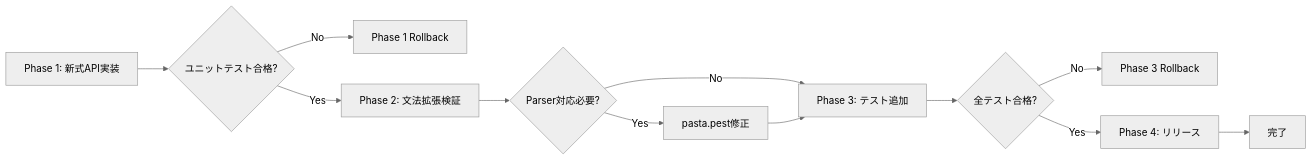
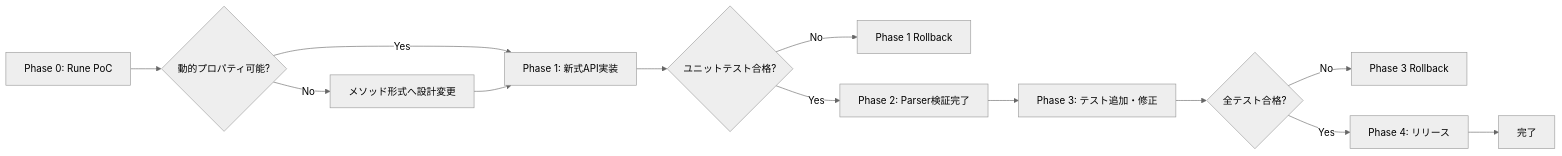
Before and after one commit to ekicyou/pasta: the fifth of 5 diagrams in .kiro/specs/pasta-transpiler-variable-expansion/design.md, drawn with Mermaid (neutral theme). The commit also changed other lines of this file, not shown here.

Commit message:
spec(pasta-transpiler-variable-expansion): 設計分析後の自明な修正 - Parser対応不要確認・テスト影響範囲明記

````diff
--- a/.kiro/specs/pasta-transpiler-variable-expansion/design.md
+++ b/.kiro/specs/pasta-transpiler-variable-expansion/design.md
@@ -564,14 +572,15 @@
 ```mermaid
 flowchart LR
-    P1[Phase 1: 新式API実装] --> V1{ユニットテスト合格?}
+    P0[Phase 0: Rune PoC] --> P0V{動的プロパティ可能?}
+    P0V -->|No| P0F[メソッド形式へ設計変更]
+    P0V -->|Yes| P1[Phase 1: 新式API実装]
+    P0F --> P1
+    P1 --> V1{ユニットテスト合格?}
     V1 -->|No| RB1[Phase 1 Rollback]
-    V1 -->|Yes| P2[Phase 2: 文法拡張検証]
-    P2 --> V2{Parser対応必要?}
-    V2 -->|Yes| P2A[pasta.pest修正]
-    V2 -->|No| P3[Phase 3: テスト追加]
-    P2A --> P3
+    V1 -->|Yes| P2[Phase 2: Parser検証完了]
+    P2 --> P3[Phase 3: テスト追加・修正]
     P3 --> V3{全テスト合格?}
     V3 -->|No| RB3[Phase 3 Rollback]
     V3 -->|Yes| P4[Phase 4: リリース]
     P4 --> Done[完了]
 ```
````
